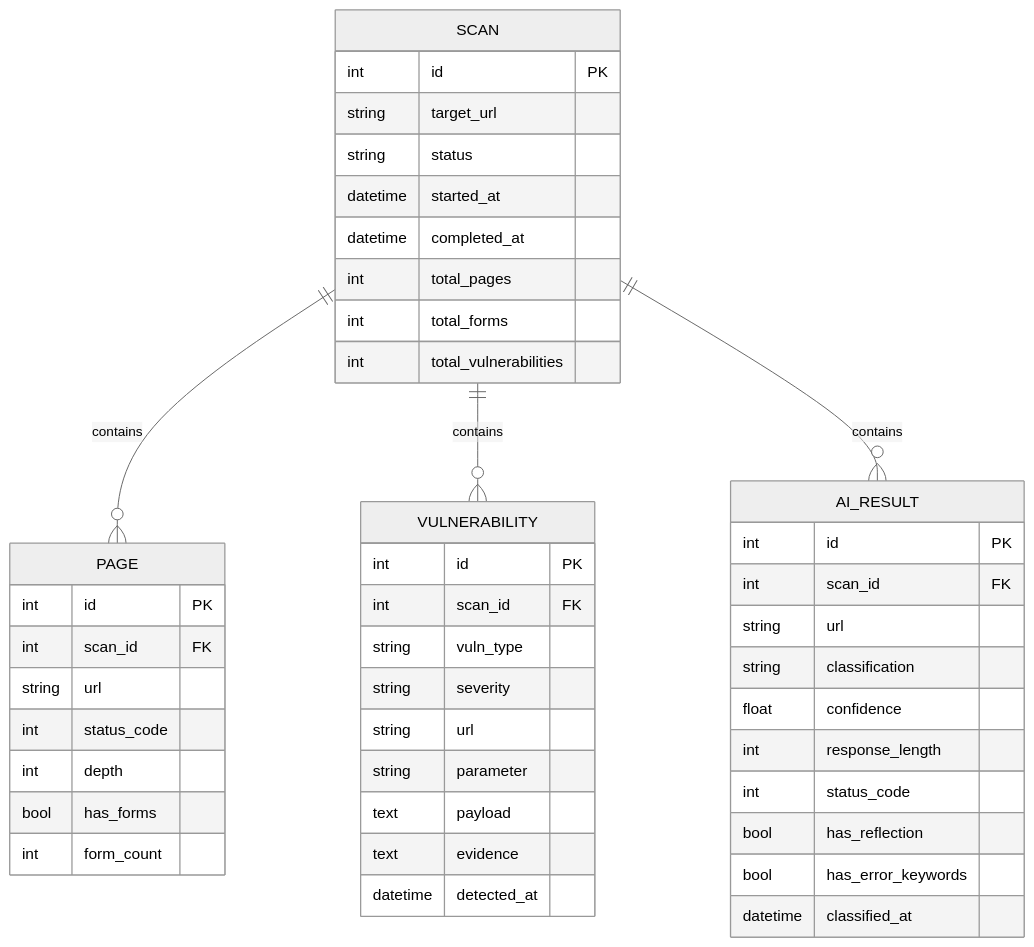
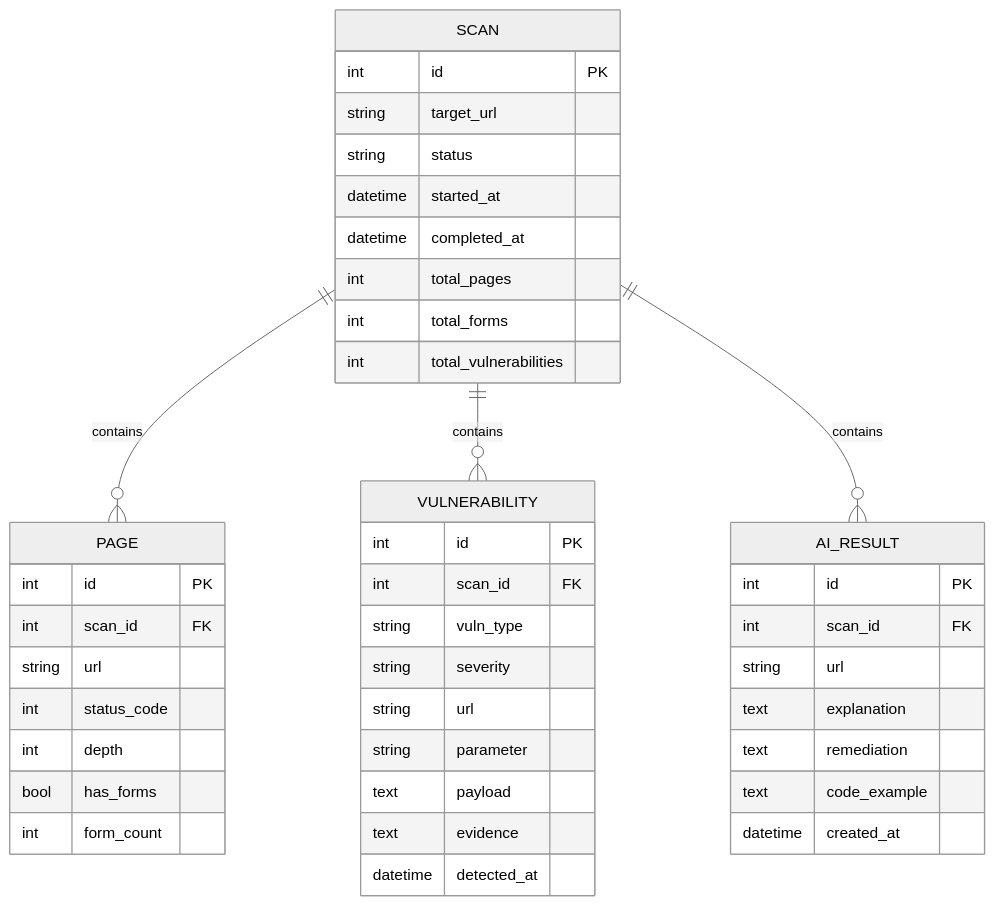
Before and after one commit to longduc205/DoAnII: the diagram in docs/diagrams/er_diagram.md, drawn with Mermaid (neutral theme). The commit also changed 7 other files, not shown here.

Commit message:
[UPD] Cập nhật các UML

````diff
--- a/docs/diagrams/er_diagram.md
+++ b/docs/diagrams/er_diagram.md
@@ -11,52 +11,49 @@
 ```mermaid
 erDiagram
     SCAN {
         int id PK
         string target_url
         string status
         datetime started_at
         datetime completed_at
         int total_pages
         int total_forms
         int total_vulnerabilities
     }
 
     PAGE {
         int id PK
         int scan_id FK
         string url
         int status_code
         int depth
         bool has_forms
         int form_count
     }
 
     VULNERABILITY {
         int id PK
         int scan_id FK
         string vuln_type
         string severity
         string url
         string parameter
         text payload
         text evidence
         datetime detected_at
     }
 
     AI_RESULT {
         int id PK
         int scan_id FK
         string url
-        string classification
-        float confidence
-        int response_length
-        int status_code
-        bool has_reflection
-        bool has_error_keywords
-        datetime classified_at
+        text explanation
+        text remediation
+        text code_example
+        datetime created_at
     }
 
     SCAN ||--o{ PAGE : contains
     SCAN ||--o{ VULNERABILITY : contains
     SCAN ||--o{ AI_RESULT : contains
 ```
````
